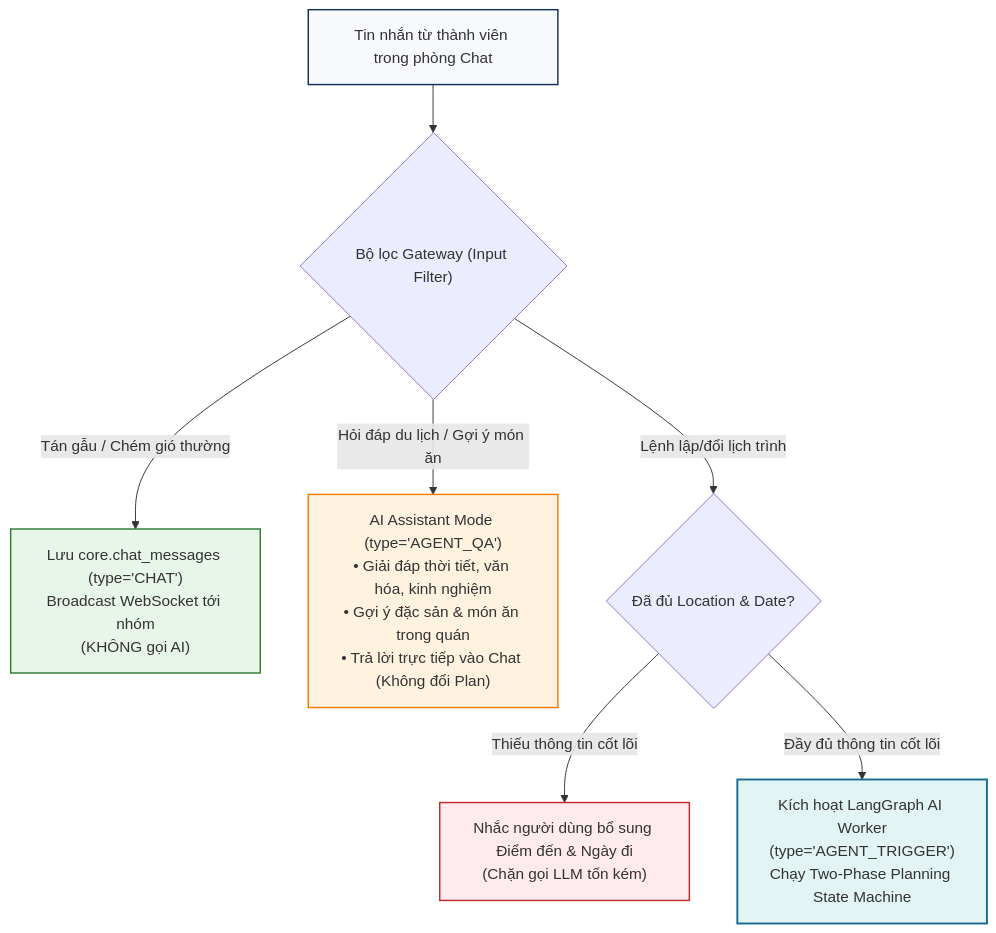
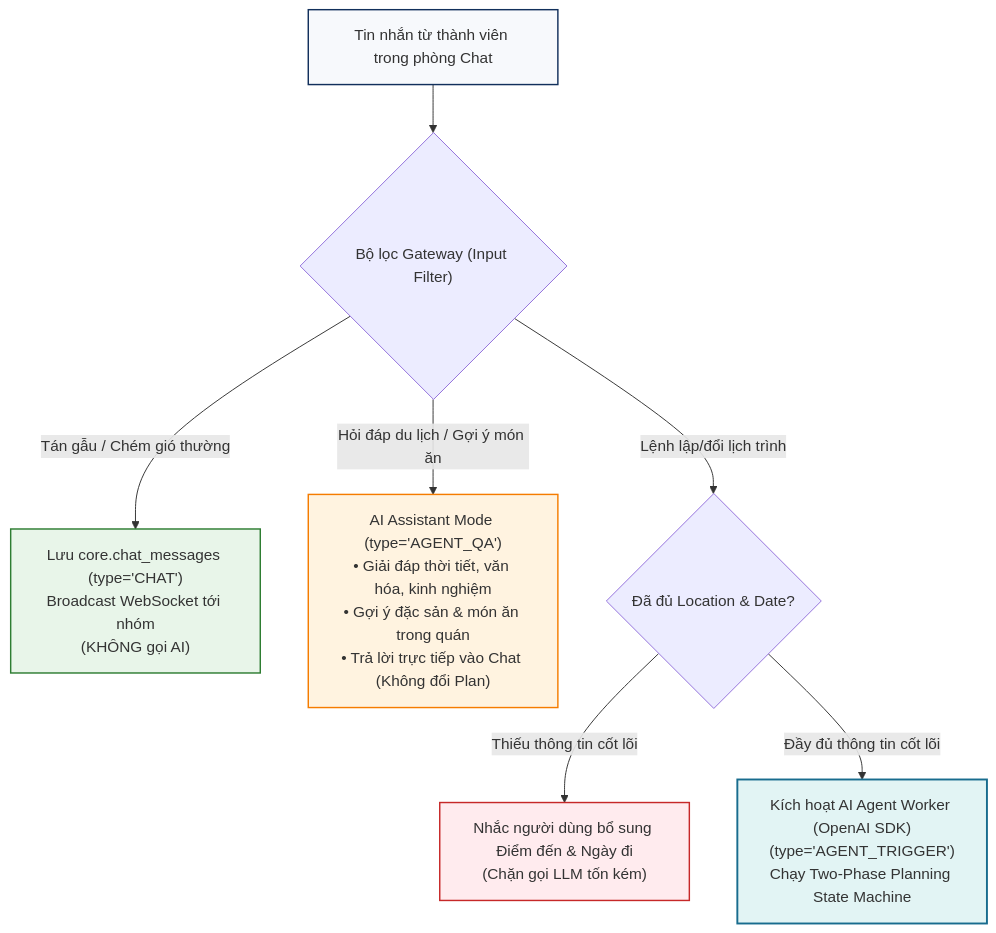
The first of 5 diagrams in docs/03-architecture/ai-agent-architecture.md (b4ck12/Group_Project), drawn with Mermaid before and after one commit. The commit also changed other lines of this file and 27 other files, not shown here.

````diff
--- a/docs/03-architecture/ai-agent-architecture.md
+++ b/docs/03-architecture/ai-agent-architecture.md
@@ -29,15 +29,15 @@
 ```mermaid
 flowchart TD
     MSG["Tin nhắn từ thành viên trong phòng Chat"] --> FILTER{"Bộ lọc Gateway (Input Filter)"}
     FILTER -- "Tán gẫu / Chém gió thường" --> CHAT["Lưu core.chat_messages (type='CHAT')<br/>Broadcast WebSocket tới nhóm<br/>(KHÔNG gọi AI)"]
     FILTER -- "Hỏi đáp du lịch / Gợi ý món ăn" --> QA["AI Assistant Mode (type='AGENT_QA')<br/>• Giải đáp thời tiết, văn hóa, kinh nghiệm<br/>• Gợi ý đặc sản & món ăn trong quán<br/>• Trả lời trực tiếp vào Chat (Không đổi Plan)"]
     FILTER -- "Lệnh lập/đổi lịch trình" --> CORE_CHECK{"Đã đủ Location & Date?"}
     CORE_CHECK -- "Thiếu thông tin cốt lõi" --> REJECT["Nhắc người dùng bổ sung Điểm đến & Ngày đi<br/>(Chặn gọi LLM tốn kém)"]
-    CORE_CHECK -- "Đầy đủ thông tin cốt lõi" --> WORKER["Kích hoạt LangGraph AI Worker<br/>(type='AGENT_TRIGGER')<br/>Chạy Two-Phase Planning State Machine"]
+    CORE_CHECK -- "Đầy đủ thông tin cốt lõi" --> WORKER["Kích hoạt AI Agent Worker (OpenAI SDK)<br/>(type='AGENT_TRIGGER')<br/>Chạy Two-Phase Planning State Machine"]
 
     style MSG fill:#f7f9fc,stroke:#12305c,stroke-width:1.5px;
     style CHAT fill:#e8f5e9,stroke:#2e7d32,stroke-width:1.5px;
     style QA fill:#fff3e0,stroke:#f57c00,stroke-width:1.5px;
     style REJECT fill:#ffebee,stroke:#c62828,stroke-width:1.5px;
     style WORKER fill:#e2f4f4,stroke:#186c8e,stroke-width:2px;
 ```
````
